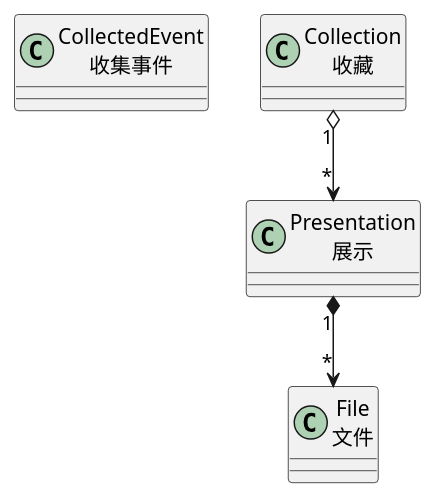
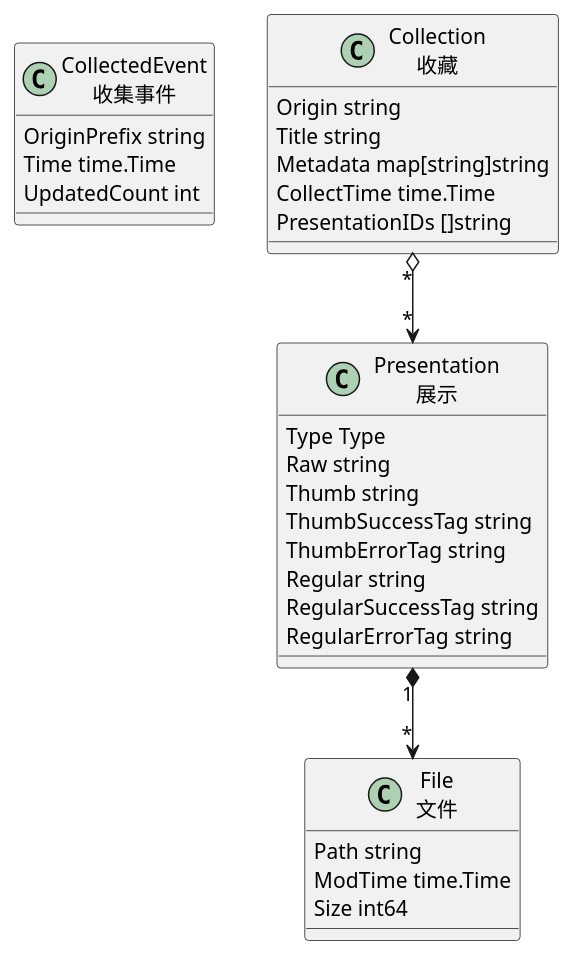
Before and after one commit to WuLiFang/csheet: the diagram in docs/server/models.rst, drawn with PlantUML. The commit also changed other lines of this file and 9 other files, not shown here.

```diff
--- a/docs/server/models.rst
+++ b/docs/server/models.rst
@@ -5,11 +5,34 @@
 .. uml::
 
-  class "CollectedEvent\n收集事件" as CollectLogEvent
+  class "CollectedEvent\n收集事件" as CollectLogEvent {
+    OriginPrefix string
+    Time time.Time
+    UpdatedCount int
+  }
 
-  class "Collection\n收藏" as Collection
+  class "Collection\n收藏" as Collection {
+    Origin string
+    Title string
+    Metadata map[string]string
+    CollectTime time.Time
+    PresentationIDs []string
+  }
 
-  class "File\n文件" as File 
+  class "File\n文件" as File {
+    Path string
+    ModTime time.Time
+    Size int64
+  }
 
-  class "Presentation\n展示" as Presentation 
+  class "Presentation\n展示" as Presentation {
+    Type Type
+    Raw string
+    Thumb string
+    ThumbSuccessTag string
+    ThumbErrorTag string
+    Regular string 
+    RegularSuccessTag string
+    RegularErrorTag string
+  }
   Presentation "1" *--> "*" File
-  Collection "1" o--> "*" Presentation
+  Collection "*" o--> "*" Presentation
```
